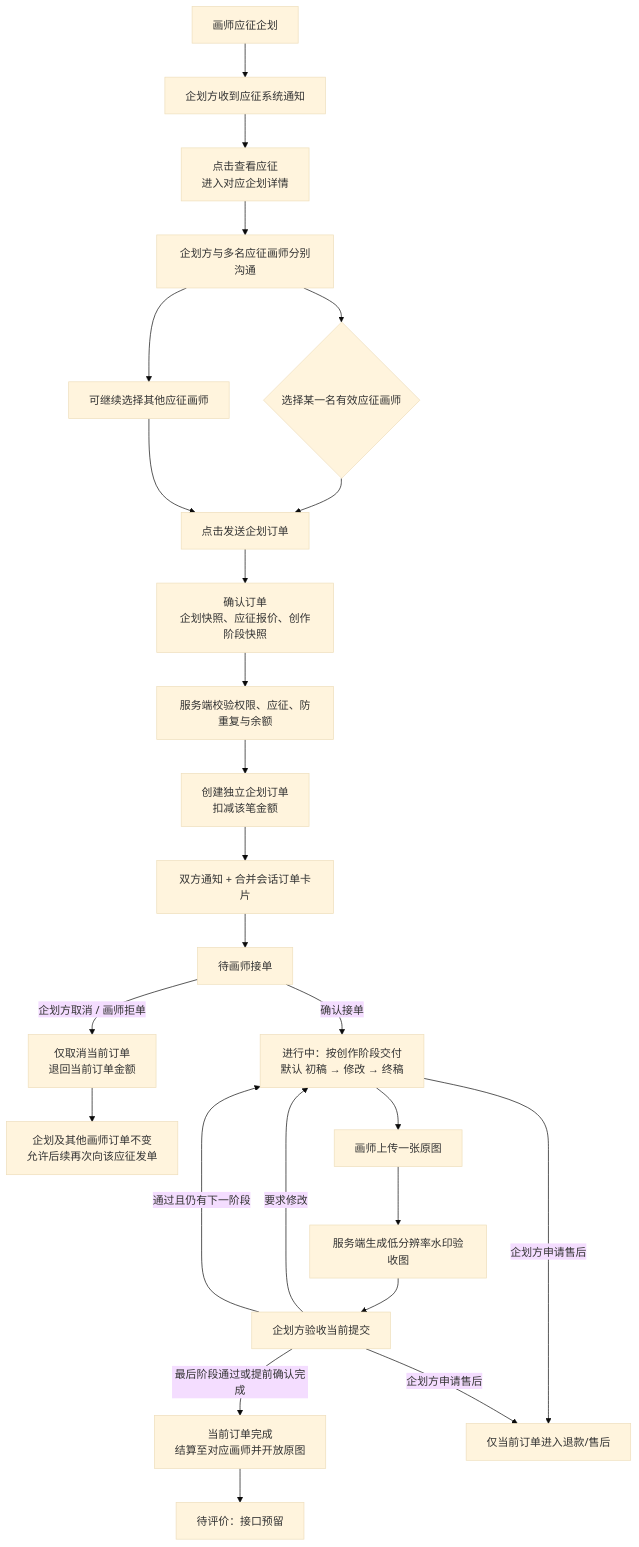
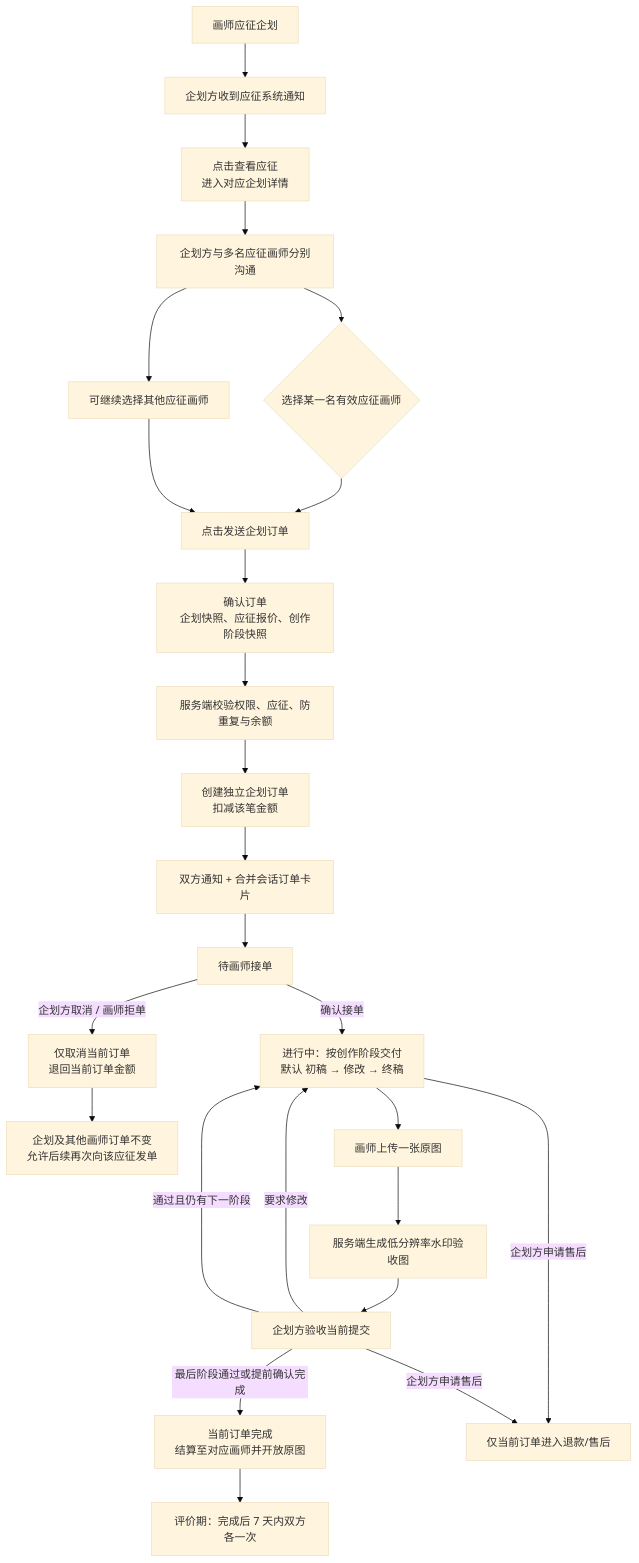
Before and after one commit to shizunana/Artiv: the diagram in docs/企划订单交易状态流转.mmd, drawn with Mermaid (base theme). The commit also changed 15 other files, not shown here.

```diff
--- a/docs/企划订单交易状态流转.mmd
+++ b/docs/企划订单交易状态流转.mmd
@@ -1,28 +1,28 @@
 flowchart TD
   A[画师应征企划] --> B[企划方收到应征系统通知]
   B --> C[点击查看应征\n进入对应企划详情]
   C --> D[企划方与多名应征画师分别沟通]
   D --> E{选择某一名有效应征画师}
   E --> F[点击发送企划订单]
   F --> G[确认订单\n企划快照、应征报价、创作阶段快照]
   G --> H[服务端校验权限、应征、防重复与余额]
   H --> I[创建独立企划订单\n扣减该笔金额]
   I --> J[双方通知 + 合并会话订单卡片]
   J --> K[待画师接单]
 
   K -->|确认接单| L[进行中：按创作阶段交付\n默认 初稿 → 修改 → 终稿]
   K -->|企划方取消 / 画师拒单| X[仅取消当前订单\n退回当前订单金额]
   X --> Y[企划及其他画师订单不变\n允许后续再次向该应征发单]
 
   L --> M[画师上传一张原图]
   M --> N[服务端生成低分辨率水印验收图]
   N --> O[企划方验收当前提交]
   O -->|要求修改| L
   O -->|通过且仍有下一阶段| L
   O -->|最后阶段通过或提前确认完成| P[当前订单完成\n结算至对应画师并开放原图]
-  P --> Q[待评价：接口预留]
+  P --> Q[评价期：完成后 7 天内双方各一次]
   L -->|企划方申请售后| S[仅当前订单进入退款/售后]
   O -->|企划方申请售后| S
 
   D --> R[可继续选择其他应征画师]
   R --> F
```
